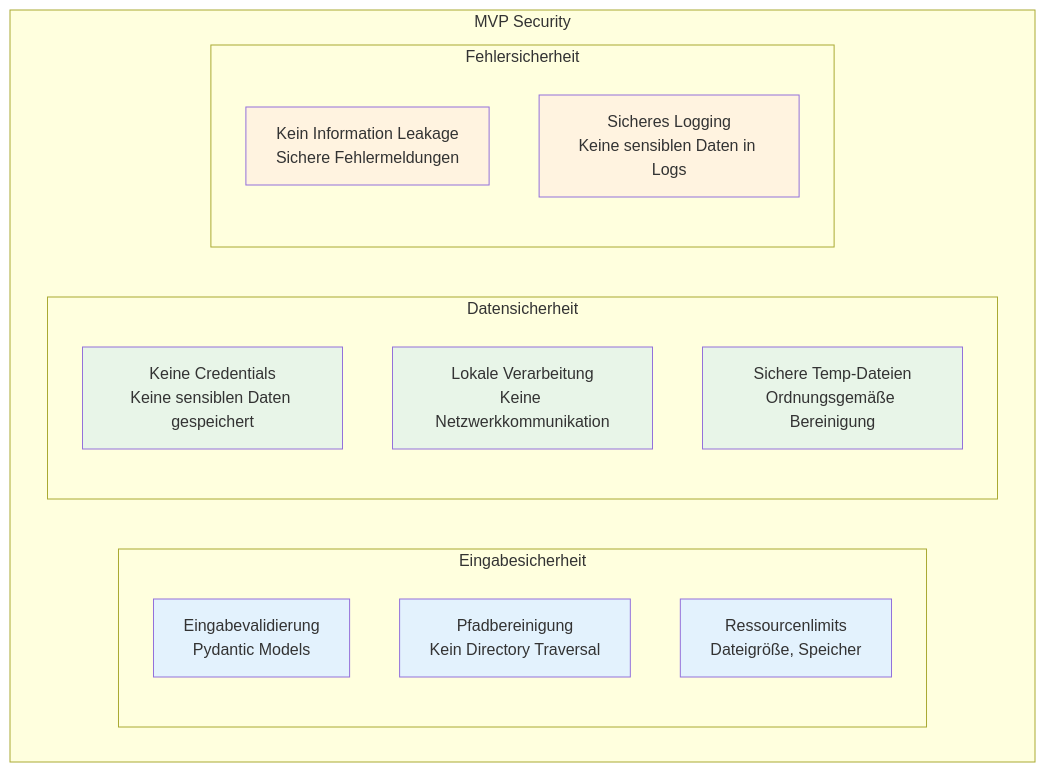
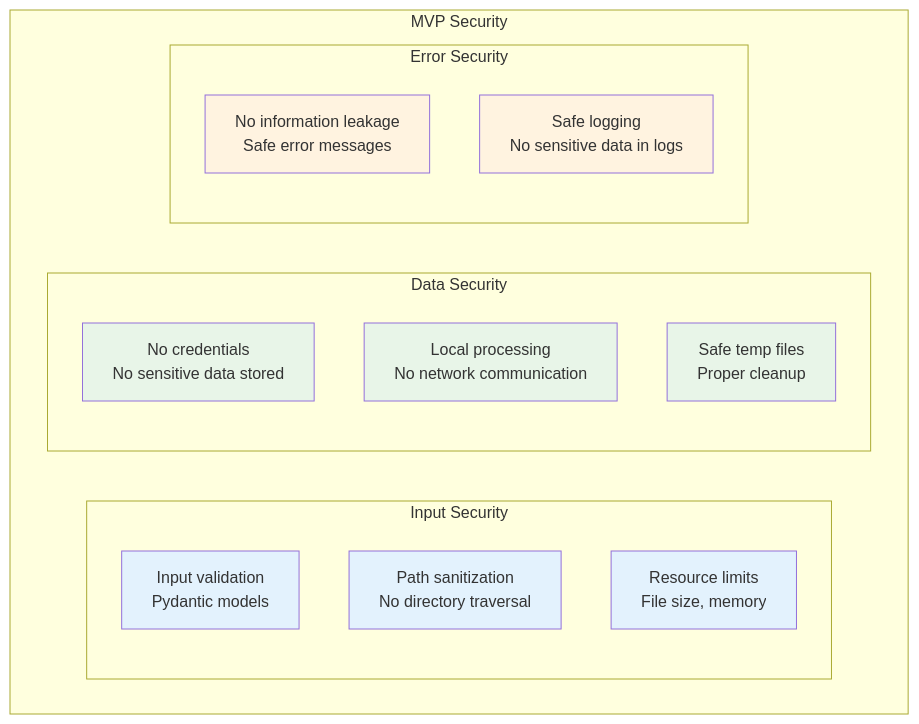
The fifth of 6 diagrams in docs/mvp/architecture/10-quality-requirements.md (OpenRailAssociation/dac-migration-dss-popupsim), drawn with Mermaid before and after one commit. The commit also changed other lines of this file and 19 other files, not shown here.

First line of the commit message:
docs(pages): 📝 update MVP architecture

````diff
--- a/docs/mvp/architecture/10-quality-requirements.md
+++ b/docs/mvp/architecture/10-quality-requirements.md
@@ -218,29 +221,29 @@
 ```mermaid
 graph TB
     subgraph "MVP Security"
-        subgraph "Eingabesicherheit"
-            Validation[Eingabevalidierung<br/>Pydantic Models]
-            Sanitization[Pfadbereinigung<br/>Kein Directory Traversal]
-            Limits[Ressourcenlimits<br/>Dateigröße, Speicher]
+        subgraph "Input Security"
+            Validation[Input validation<br/>Pydantic models]
+            Sanitization[Path sanitization<br/>No directory traversal]
+            Limits[Resource limits<br/>File size, memory]
         end
 
-        subgraph "Datensicherheit"
-            NoCredentials[Keine Credentials<br/>Keine sensiblen Daten gespeichert]
-            LocalOnly[Lokale Verarbeitung<br/>Keine Netzwerkkommunikation]
-            TempFiles[Sichere Temp-Dateien<br/>Ordnungsgemäße Bereinigung]
+        subgraph "Data Security"
+            NoCredentials[No credentials<br/>No sensitive data stored]
+            LocalOnly[Local processing<br/>No network communication]
+            TempFiles[Safe temp files<br/>Proper cleanup]
         end
 
-        subgraph "Fehlersicherheit"
-            NoLeakage[Kein Information Leakage<br/>Sichere Fehlermeldungen]
-            Logging[Sicheres Logging<br/>Keine sensiblen Daten in Logs]
+        subgraph "Error Security"
+            NoLeakage[No information leakage<br/>Safe error messages]
+            Logging[Safe logging<br/>No sensitive data in logs]
         end
     end
 
     classDef input fill:#e3f2fd
     classDef data fill:#e8f5e8
     classDef error fill:#fff3e0
 
     class Validation,Sanitization,Limits input
     class NoCredentials,LocalOnly,TempFiles data
     class NoLeakage,Logging error
 ```
````
